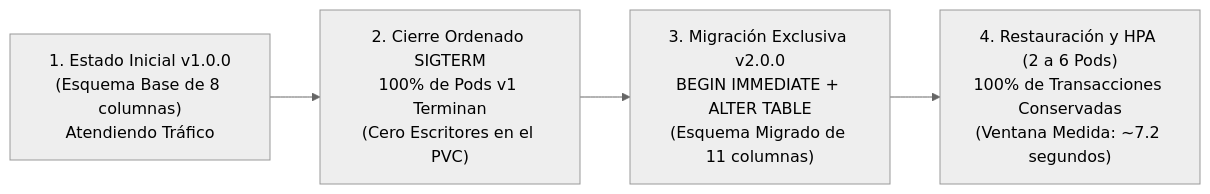
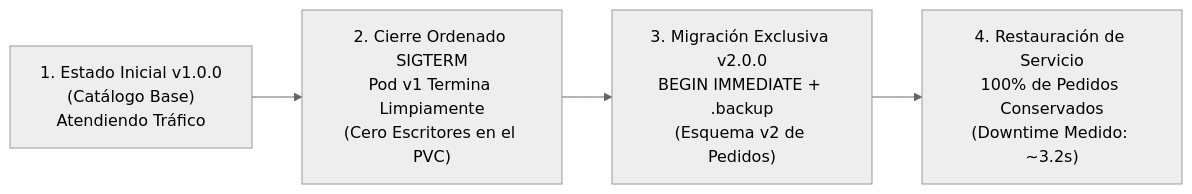
The diagram in docs/deployment-value.md (Esteban-GV/MareaDulce_Recreate), drawn with Mermaid (neutral theme) before and after one commit. The commit also changed other lines of this file and 138 other files, not shown here.

Commit message:
feat(docs): migrate documentation, platform and architecture to Marea Dulce Recreate deployment

````diff
--- a/docs/deployment-value.md
+++ b/docs/deployment-value.md
@@ -7,6 +7,6 @@
 ```mermaid
 flowchart LR
-    V1["1. Estado Inicial v1.0.0\n(Esquema Base de 8 columnas)\nAtendiendo Tráfico"] --> Stop["2. Cierre Ordenado SIGTERM\n100% de Pods v1 Terminan\n(Cero Escritores en el PVC)"]
-    Stop --> Migrate["3. Migración Exclusiva v2.0.0\nBEGIN IMMEDIATE + ALTER TABLE\n(Esquema Migrado de 11 columnas)"]
-    Migrate --> Ready["4. Restauración y HPA (2 a 6 Pods)\n100% de Transacciones Conservadas\n(Ventana Medida: ~7.2 segundos)"]
+    V1["1. Estado Inicial v1.0.0\n(Catálogo Base)\nAtendiendo Tráfico"] --> Stop["2. Cierre Ordenado SIGTERM\nPod v1 Termina Limpiamente\n(Cero Escritores en el PVC)"]
+    Stop --> Migrate["3. Migración Exclusiva v2.0.0\nBEGIN IMMEDIATE + .backup\n(Esquema v2 de Pedidos)"]
+    Migrate --> Ready["4. Restauración de Servicio\n100% de Pedidos Conservados\n(Downtime Medido: ~3.2s)"]
 ```
````
